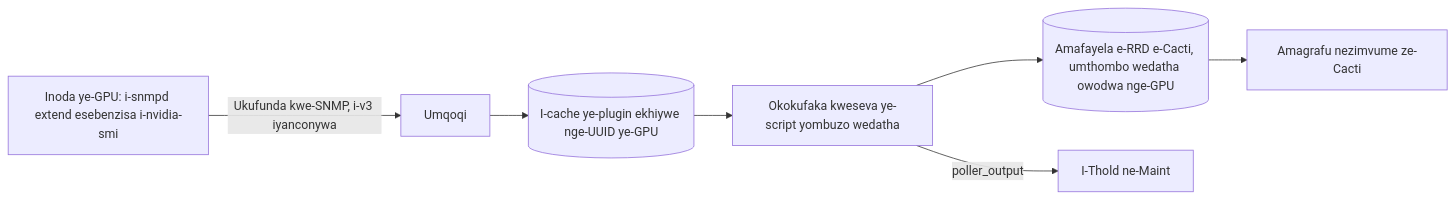
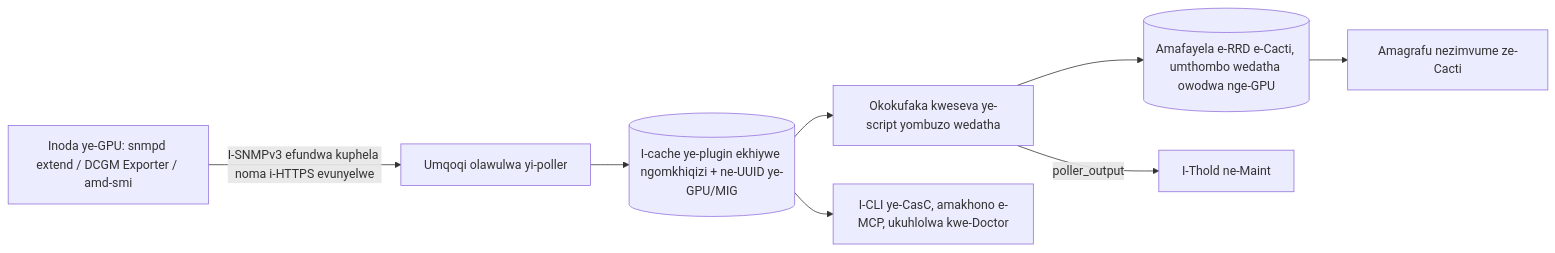
One commit to somethingwithproof/plugin_gpu changed the diagram in docs/i18n/zu-ZA/README.md. Above: the diagram before and after it, drawn with Mermaid. The commit also changed other lines of this file and 47 other files, not shown here.

````diff
--- a/docs/i18n/zu-ZA/README.md
+++ b/docs/i18n/zu-ZA/README.md
@@ -104,9 +104,10 @@
 ```mermaid
 flowchart LR
-    NODE["Inoda ye-GPU: i-snmpd extend esebenzisa i-nvidia-smi"] -->|Ukufunda kwe-SNMP, i-v3 iyanconywa| C[Umqoqi]
-    C --> CACHE[("I-cache ye-plugin ekhiywe nge-UUID ye-GPU")]
-    CACHE --> SS[Okokufaka kweseva ye-script yombuzo wedatha]
+    NODE["Inoda ye-GPU: snmpd extend / DCGM Exporter / amd-smi"] -->|"I-SNMPv3 efundwa kuphela noma i-HTTPS evunyelwe"| C["Umqoqi olawulwa yi-poller"]
+    C --> CACHE[("I-cache ye-plugin ekhiywe ngomkhiqizi + ne-UUID ye-GPU/MIG")]
+    CACHE --> SS["Okokufaka kweseva ye-script yombuzo wedatha"]
+    CACHE --> ECO["I-CLI ye-CasC, amakhono e-MCP, ukuhlolwa kwe-Doctor"]
     SS --> RRD[("Amafayela e-RRD e-Cacti, umthombo wedatha owodwa nge-GPU")]
-    SS -->|poller_output| T[I-Thold ne-Maint]
-    RRD --> G[Amagrafu nezimvume ze-Cacti]
+    SS -->|poller_output| T["I-Thold ne-Maint"]
+    RRD --> G["Amagrafu nezimvume ze-Cacti"]
 ```
````
